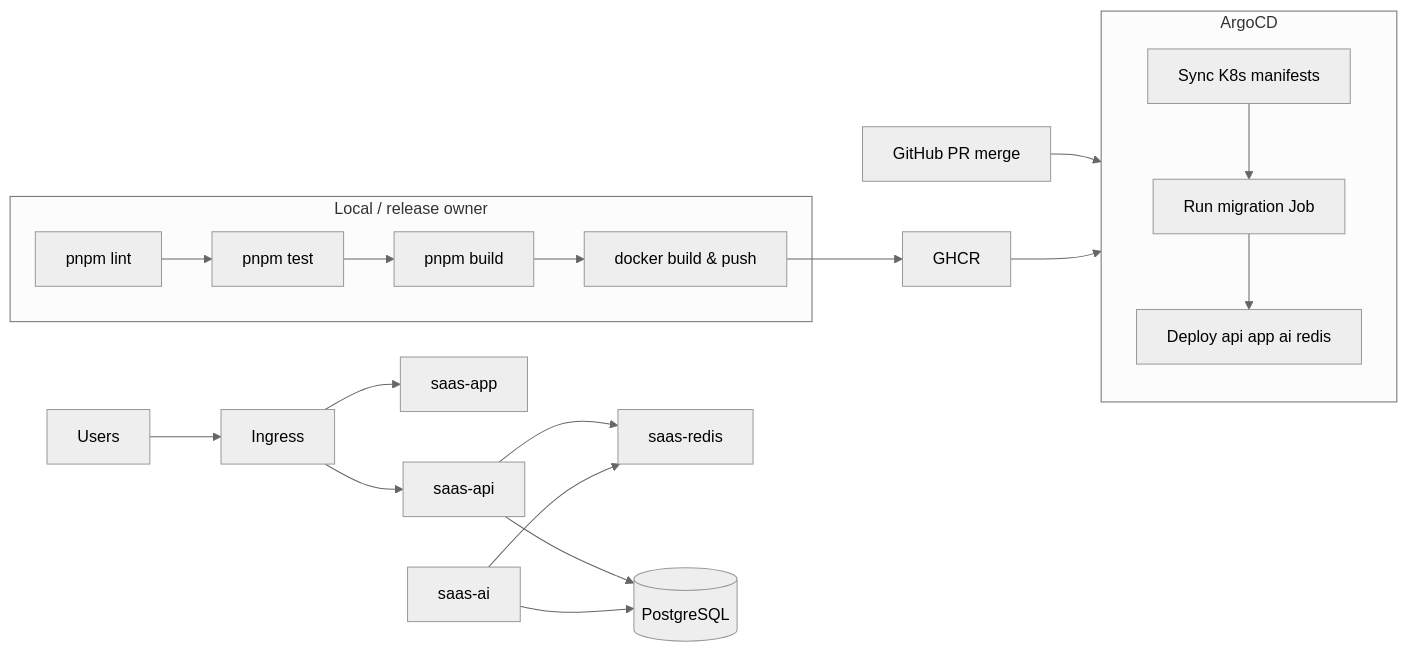
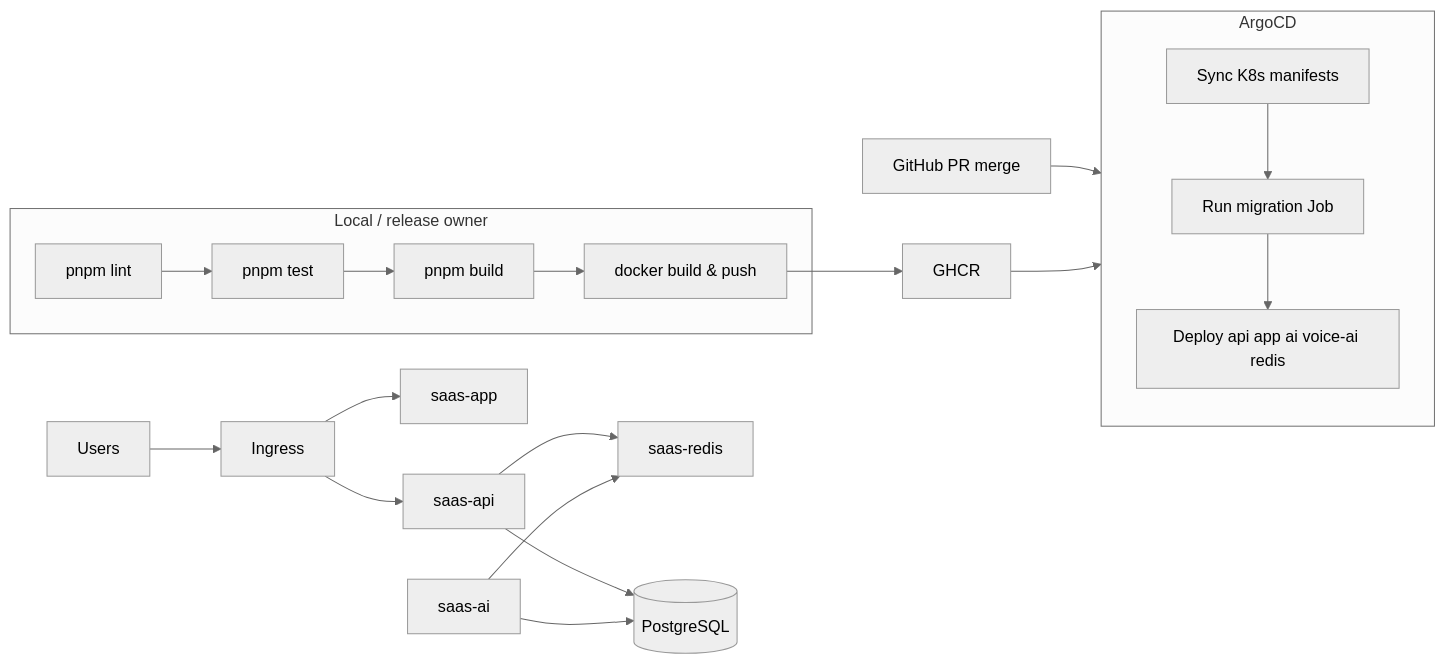
Before and after one commit to mansourhaa/matchyplus-site-test-front-end: the diagram in doc/setup/deployment.md, drawn with Mermaid (neutral theme). The commit also changed other lines of this file and 14 other files, not shown here.

Commit message:
chore(deploy): integrate voice-ai into Jenkins CI/CD, K8s manifests, and fix read-only uploads cleanup

````diff
--- a/doc/setup/deployment.md
+++ b/doc/setup/deployment.md
@@ -11,28 +11,28 @@
 ```mermaid
 flowchart LR
     subgraph Local["Local / release owner"]
         Lint[pnpm lint]
         Test[pnpm test]
         Build[pnpm build]
         Docker[docker build & push]
         Lint --> Test --> Build --> Docker
     end
 
     subgraph GitOps["ArgoCD"]
         Sync[Sync K8s manifests]
         Migrate[Run migration Job]
-        Rollout[Deploy api app ai redis]
+        Rollout[Deploy api app ai voice-ai redis]
         Sync --> Migrate --> Rollout
     end
 
     Docker --> GHCR[GHCR]
     Git[GitHub PR merge] --> GitOps
     GHCR --> GitOps
     Users[Users] --> Ingress[Ingress]
     Ingress --> AppPod[saas-app]
     Ingress --> ApiPod[saas-api]
     ApiPod --> RedisPod[saas-redis]
     AiPod[saas-ai] --> RedisPod
     ApiPod --> PG[(PostgreSQL)]
     AiPod --> PG
 ```
````
